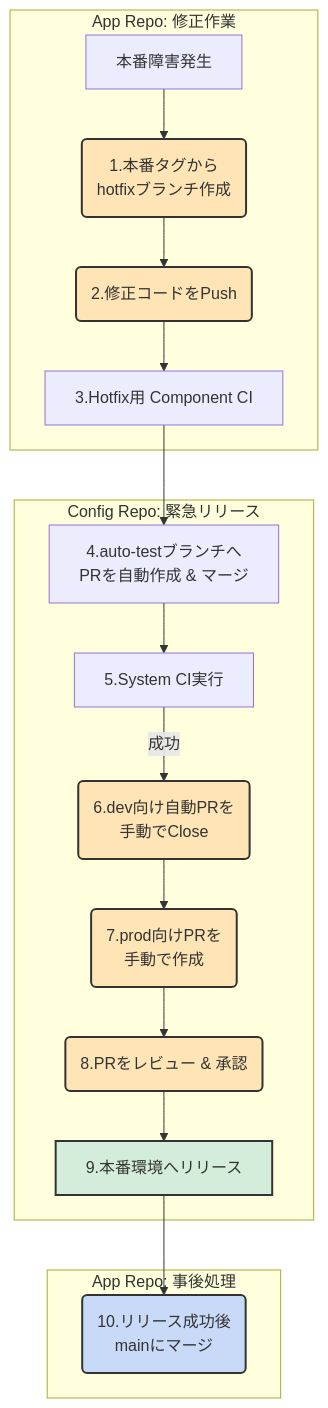
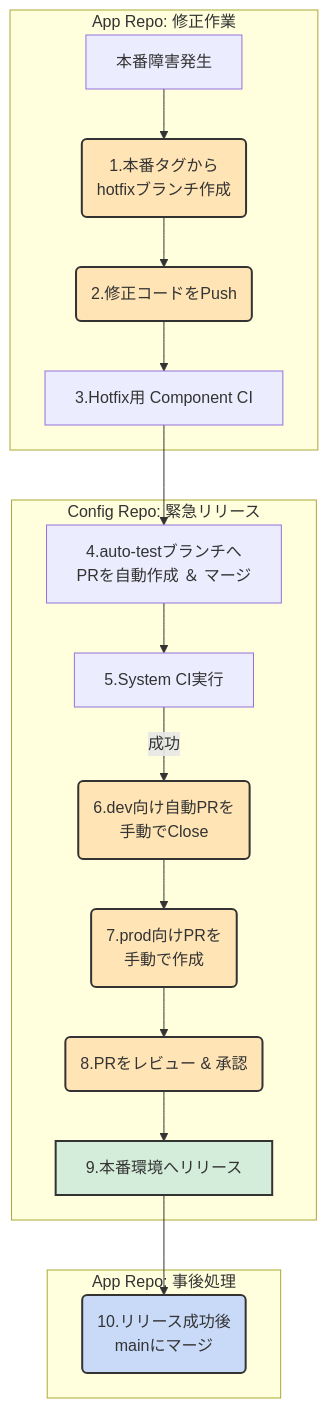
Before and after one commit to suwa-sh/zenn-contents: the second of 2 diagrams in articles/microservices_cicd_20250912.md, drawn with Mermaid.

````diff
--- a/articles/microservices_cicd_20250912.md
+++ b/articles/microservices_cicd_20250912.md
@@ -670,33 +670,33 @@
 ```mermaid
 flowchart TD
     subgraph "App Repo: 修正作業"
         A[本番障害発生] --> B(1.本番タグから<br>hotfixブランチ作成);
         B --> C(2.修正コードをPush);
         C --> D[3.Hotfix用 Component CI];
     end
 
     subgraph "Config Repo: 緊急リリース"
-        E[4.auto-testブランチへ<br>PRを自動作成 & マージ];
+        E[4.auto-testブランチへ<br>PRを自動作成 ＆ マージ];
         E --> F[5.System CI実行];
         F -- 成功 --> G(6.dev向け自動PRを<br>手動でClose);
         G --> H(7.prod向けPRを<br>手動で作成);
         H --> I(8.PRをレビュー & 承認);
         I --> J[9.本番環境へリリース];
     end
 
     subgraph "App Repo: 事後処理"
          K(10.リリース成功後<br>mainにマージ);
     end
 
     D --> E;
     J --> K;
 
     %% スタイル定義: 手動作業をオレンジ、最終リリースを緑でハイライト
     style B fill:#FFE4B5,stroke:#333,stroke-width:2px
     style C fill:#FFE4B5,stroke:#333,stroke-width:2px
     style G fill:#FFE4B5,stroke:#333,stroke-width:2px
     style H fill:#FFE4B5,stroke:#333,stroke-width:2px
     style I fill:#FFE4B5,stroke:#333,stroke-width:2px
     style J fill:#D4EDDA,stroke:#333,stroke-width:2px
     style K fill:#C9DAF8,stroke:#333,stroke-width:2px
 ```
````
